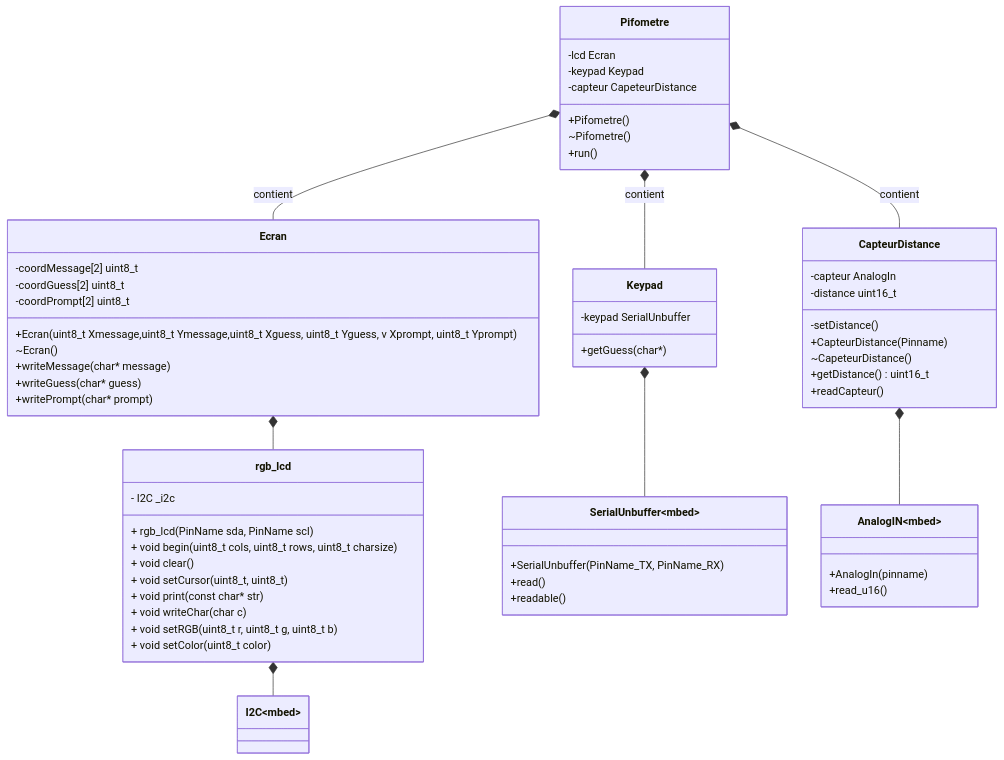
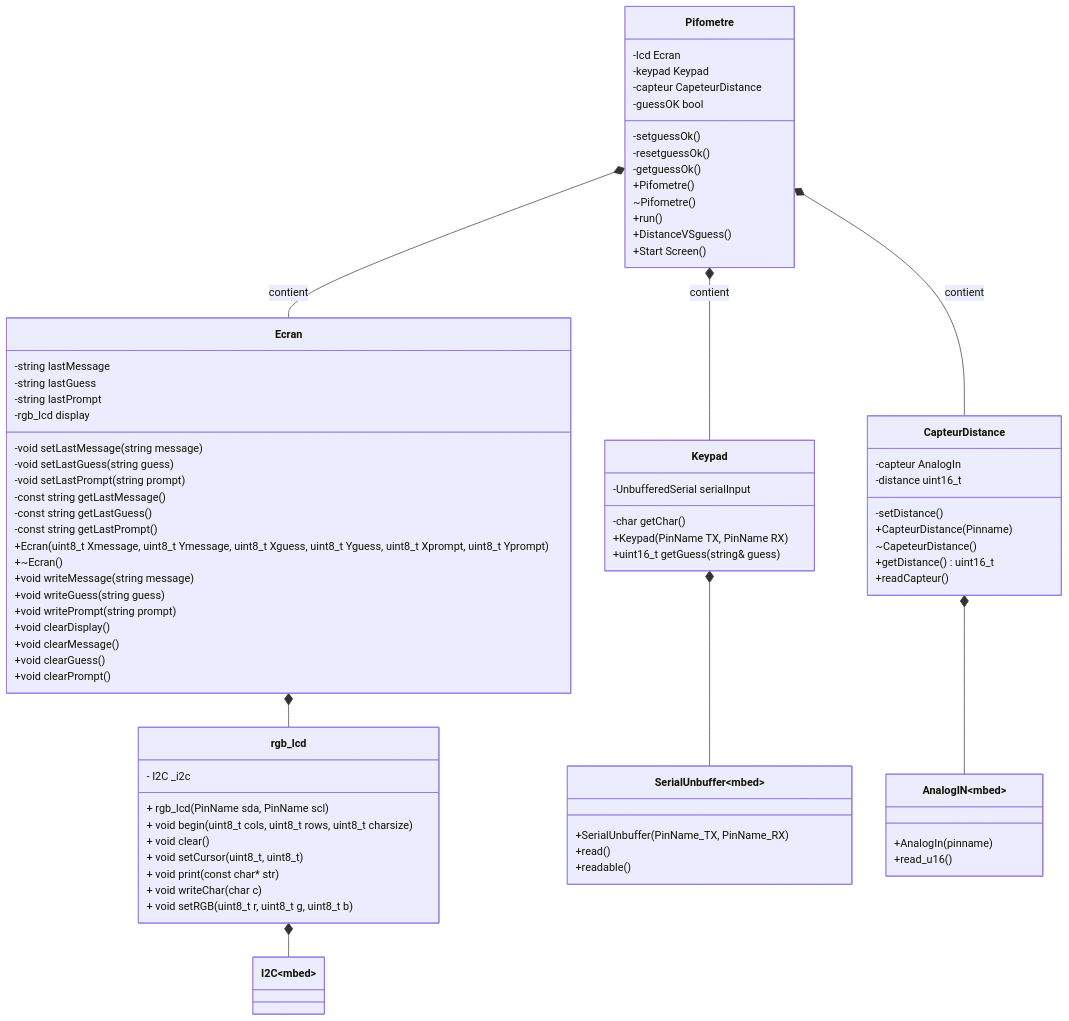
One commit to PetitLucien/project_TP_Cpp changed the diagram in ClassDiagram.md. Above: the diagram before and after it, drawn with Mermaid.

```diff
--- a/ClassDiagram.md
+++ b/ClassDiagram.md
@@ -4,20 +4,37 @@
        -lcd Ecran
        -keypad Keypad
        -capteur CapeteurDistance
+       -guessOK bool
+       -setguessOk()
+       -resetguessOk()
+       -getguessOk()
        +Pifometre()
        ~Pifometre()
        +run()
+       +DistanceVSguess()
+       +Start Screen()
     }
 
     class Ecran {
-        -coordMessage[2] uint8_t
-        -coordGuess[2] uint8_t
-        -coordPrompt[2] uint8_t
-        +Ecran(uint8_t Xmessage,uint8_t Ymessage,uint8_t Xguess, uint8_t Yguess, v Xprompt, uint8_t Yprompt)
-        ~Ecran()
-        +writeMessage(char* message)
-        +writeGuess(char* guess)
-        +writePrompt(char* prompt)
+        -string lastMessage
+        -string lastGuess
+        -string lastPrompt
+        -rgb_lcd display
+        -void setLastMessage(string message)
+        -void setLastGuess(string guess)
+        -void setLastPrompt(string prompt)
+        -const string getLastMessage()
+        -const string getLastGuess()
+        -const string getLastPrompt()
+        +Ecran(uint8_t Xmessage, uint8_t Ymessage, uint8_t Xguess, uint8_t Yguess, uint8_t Xprompt, uint8_t Yprompt)
+        +~Ecran()
+        +void writeMessage(string message)
+        +void writeGuess(string guess)
+        +void writePrompt(string prompt)
+        +void clearDisplay()
+        +void clearMessage()
+        +void clearGuess()
+        +void clearPrompt()
         
     }
 
@@ -31,7 +48,6 @@
         + void print(const char* str)
         + void writeChar(char c)
         + void setRGB(uint8_t r, uint8_t g, uint8_t b)
-        + void setColor(uint8_t color)
     }
     class I2C ~mbed~{
 
@@ -43,8 +59,10 @@
         +readable()
     }
     class Keypad{
-        -keypad SerialUnbuffer
-        +getGuess(char*) 
+        -UnbufferedSerial serialInput
+        -char getChar()
+        +Keypad(PinName TX, PinName RX)
+        +uint16_t getGuess(string& guess)
     }
     class AnalogIN~mbed~{
         +AnalogIn(pinname)
```
